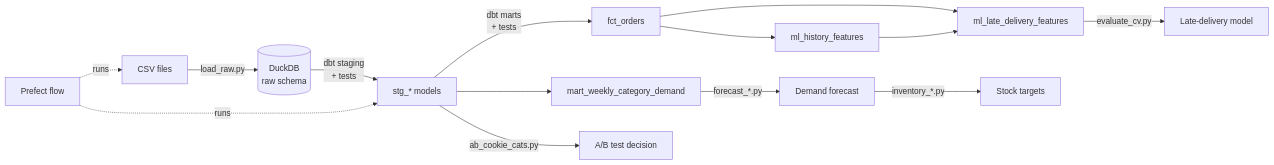
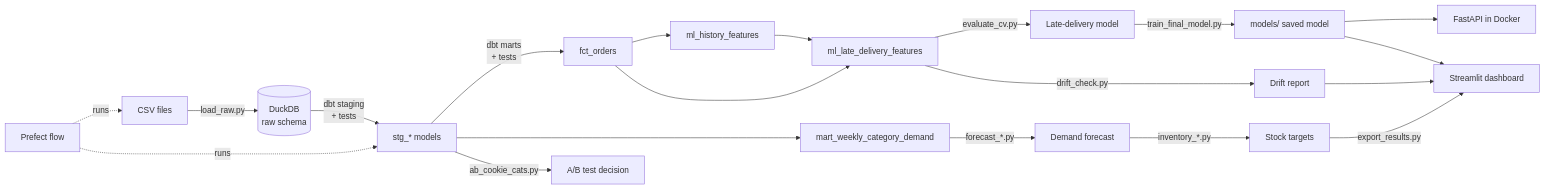
The diagram in README.md (muhammedmufad/olist-order-to-decision), drawn with Mermaid before and after one commit. The commit also changed other lines of this file, not shown here.

Commit message:
Final README: live demo, serving and monitoring, what next

````diff
--- a/README.md
+++ b/README.md
@@ -19,16 +21,22 @@
 ```mermaid
 flowchart LR
     A[CSV files] -->|load_raw.py| B[(DuckDB<br/>raw schema)]
     B -->|dbt staging<br/>+ tests| C[stg_* models]
     C -->|dbt marts<br/>+ tests| D[fct_orders]
     D --> E[ml_history_features]
     D --> F[ml_late_delivery_features]
     E --> F
     F -->|evaluate_cv.py| G[Late-delivery model]
+    G -->|train_final_model.py| M[models/ saved model]
+    M --> API[FastAPI in Docker]
+    M --> DASH[Streamlit dashboard]
     C --> H[mart_weekly_category_demand]
     H -->|forecast_*.py| I[Demand forecast]
     I -->|inventory_*.py| J[Stock targets]
+    J -->|export_results.py| DASH
+    F -->|drift_check.py| DR[Drift report]
+    DR --> DASH
     C -->|ab_cookie_cats.py| K[A/B test decision]
     P[Prefect flow] -.runs.-> A
     P -.runs.-> C
 ```
````
